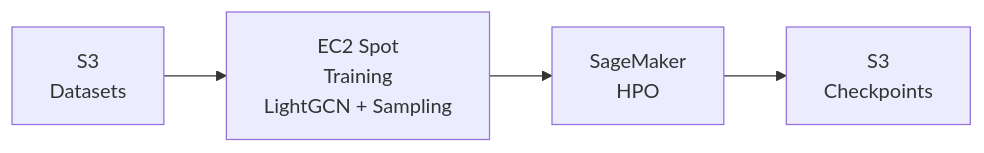
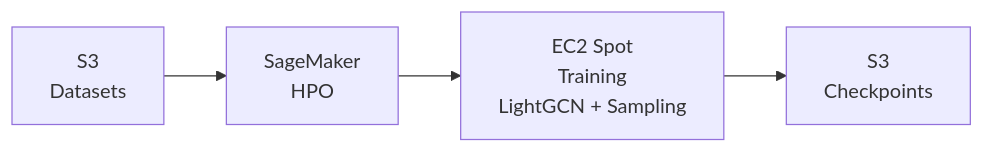
Before and after one commit to ehyecha/long-tail-gnn-recsys: the diagram in README.md, drawn with Mermaid.

````diff
--- a/README.md
+++ b/README.md
@@ -40,6 +40,6 @@
 ```mermaid
 flowchart LR
-    S3_Data["S3<br/>Datasets"] --> EC2["EC2 Spot<br/>Training<br/>LightGCN + Sampling"]
-    EC2 --> SageMaker["SageMaker<br/>HPO"]
-    SageMaker --> S3_Model["S3<br/>Checkpoints"]
+    S3_Data["S3<br/>Datasets"] --> SageMaker["SageMaker<br/>HPO"]
+    SageMaker --> EC2["EC2 Spot<br/>Training<br/>LightGCN + Sampling"]
+    EC2 --> S3_Model["S3<br/>Checkpoints"]
 ```
````
